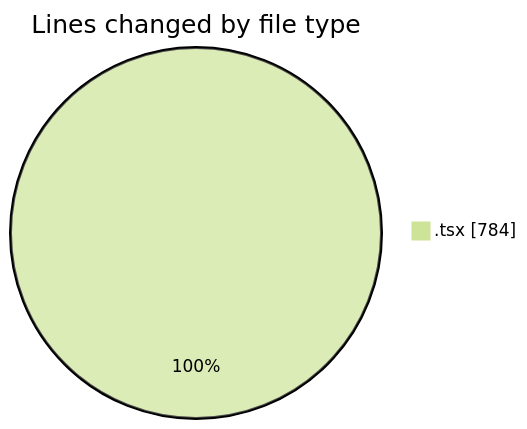
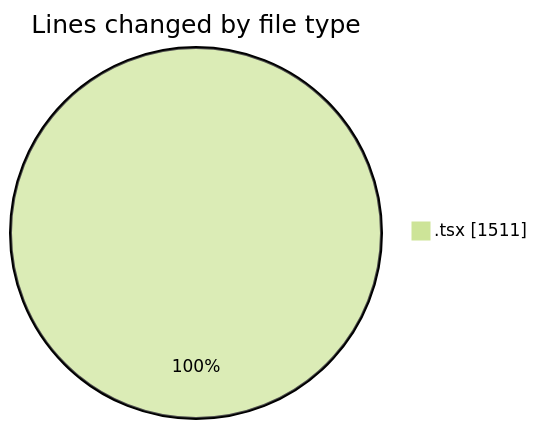
Before and after one commit to nxtqubesakshisongat/code-tracking: the first of 2 diagrams in 2026-03-30/nxtqube_webapp/README.md, drawn with Mermaid (forest theme). The commit also changed other lines of this file and 1 other file, not shown here.

````diff
--- a/2026-03-30/nxtqube_webapp/README.md
+++ b/2026-03-30/nxtqube_webapp/README.md
@@ -21,5 +22,5 @@
 ```mermaid
 pie showData
 title Lines changed by file type
-".tsx" : 784
+".tsx" : 1511
 ```
````
